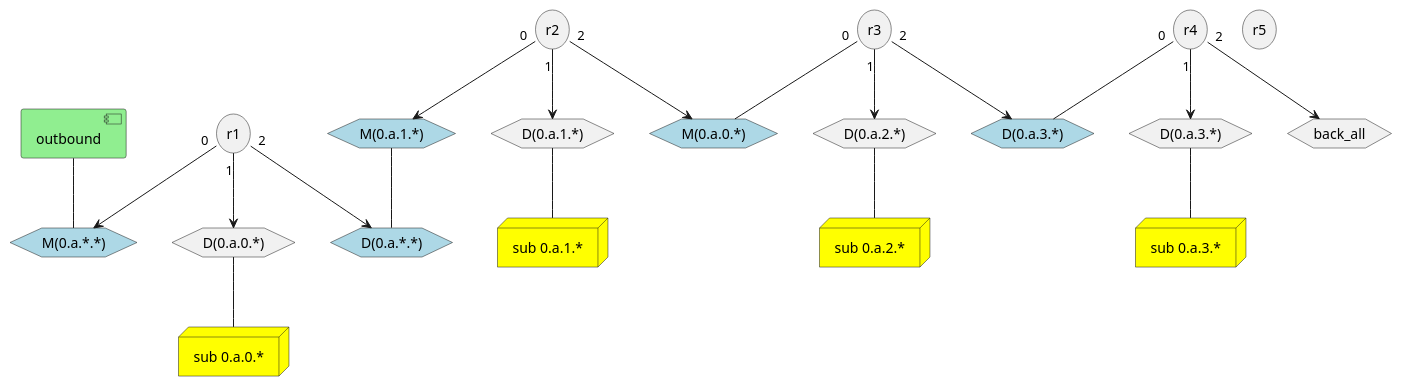
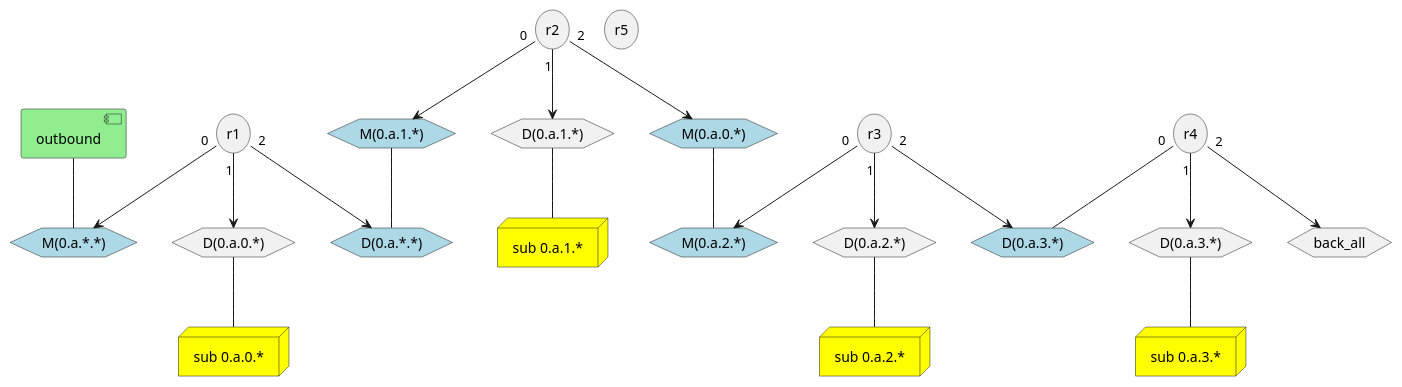
Before and after one commit to ogawa-atali/network: the diagram in subnet-0axx.pu, drawn with PlantUML.

Commit message:
無駄流れ防止を追加

```diff
--- a/subnet-0axx.pu
+++ b/subnet-0axx.pu
@@ -1,60 +1,64 @@
 @startuml subnet-0axx
 
 component outbound #LightGreen
 
 node "sub 0.a.0.*" as sub_0a0x #Yellow
 node "sub 0.a.1.*" as sub_0a1x #Yellow
 node "sub 0.a.2.*" as sub_0a2x #Yellow
 node "sub 0.a.3.*" as sub_0a3x #Yellow
 
 storage r1
 storage r2
 storage r3
 storage r4
 storage r5
 
 hexagon "D(0.a.0.*)" as D_0a0x
 hexagon "D(0.a.1.*)" as D_0a1x
 hexagon "D(0.a.2.*)" as D_0a2x
 hexagon "D(0.a.3.*)" as D_0a3x
 
 hexagon back_all
 
 ' 0a1x -> 0a0xパケットが外に流出するのを防ぐ 
 hexagon "M(0.a.*.*)" as M_0axx #LightBlue
 ' 0a0x -> outboundが無駄な部分に流れるのを防ぐ
 hexagon "D(0.a.*.*)" as D_0axx #LightBlue
 ' 0a1x -> 0a0xパケットが無駄な部分に流れるのを防ぐ  
 hexagon "M(0.a.0.*)" as M_0a0x #LightBlue
 ' 0a2x -> !(0a3x)のパケットが無駄な部分に流れるのを防ぐ
 hexagon "D(0.a.3.*)" as D_0a3x_2 #LightBlue
 ' 0a2x -> 0a1xのパケットが無駄な部分に流れるのを防ぐ
 hexagon "M(0.a.1.*)" as M_0a1x #LightBlue
+' 0a3x -> 0a2xのパケットが無駄な部分に流れるのを防ぐ
+hexagon "M(0.a.2.*)" as M_0a2x #LightBlue
 
 outbound -- M_0axx
 
 
 r1 "0" --> M_0axx
 r1 "1" --> D_0a0x
 r1 "2" --> D_0axx
 
 M_0a1x -- D_0axx
 
 r2 "0" --> M_0a1x
 r2 "1" --> D_0a1x
 r2 "2" --> M_0a0x
 
-r3 "0" -- M_0a0x
+M_0a0x -- M_0a2x
+
+r3 "0" --> M_0a2x
 r3 "1" --> D_0a2x
 r3 "2" --> D_0a3x_2
 
 r4 "0" -- D_0a3x_2
 r4 "1" --> D_0a3x
 r4 "2" --> back_all
 
 D_0a0x -- sub_0a0x
 D_0a1x -- sub_0a1x
 D_0a2x -- sub_0a2x
 D_0a3x -- sub_0a3x
 
 @enduml
```
